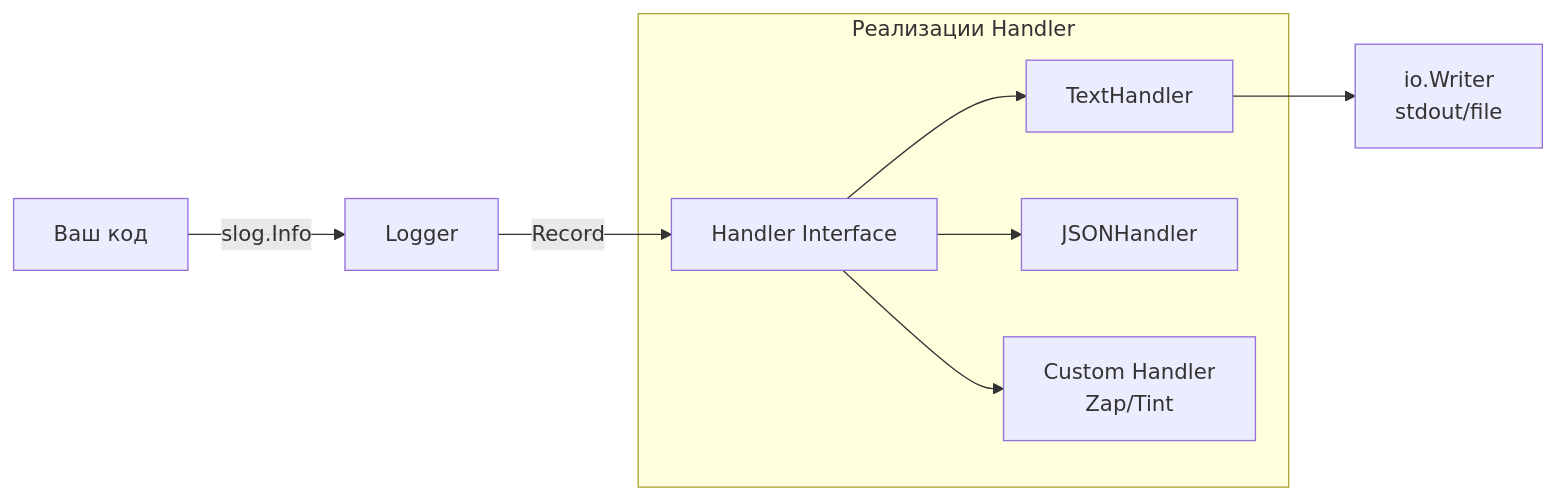
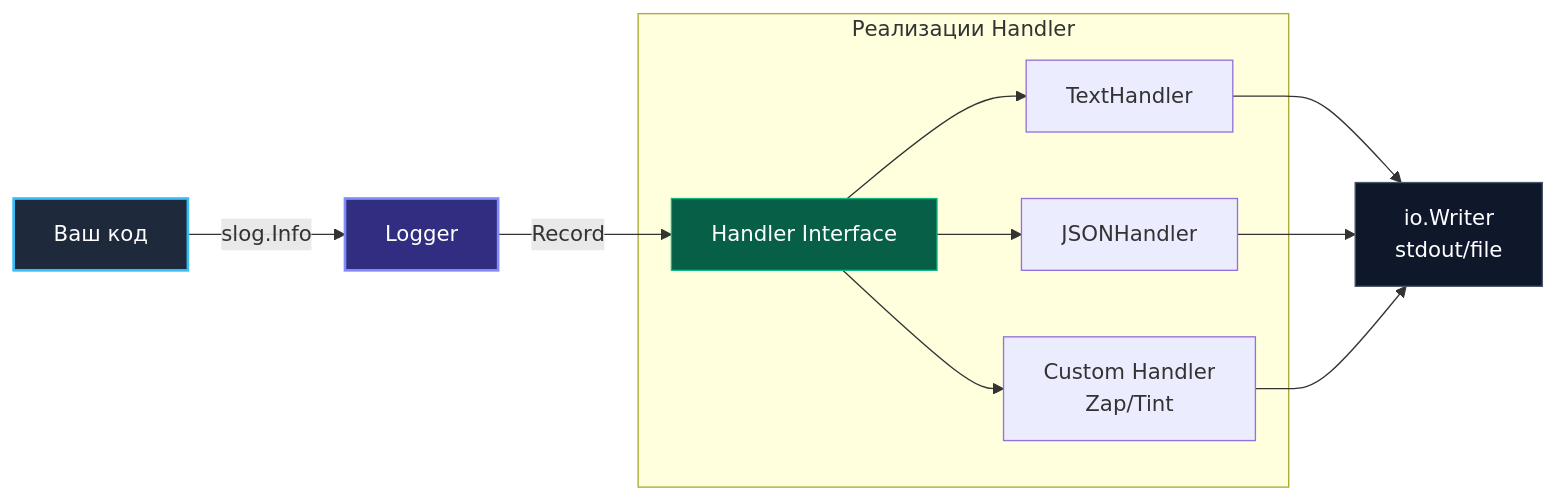
One commit to UnrealTemplier/go-textbook changed the diagram in sources/18. Observability (Мониторинг и наблюдаемость)/03. Логирование/3. Логирование в Go.md. Above: the diagram before and after it, drawn with Mermaid. The commit also changed other lines of this file, not shown here.

````diff
--- a/sources/18. Observability (Мониторинг и наблюдаемость)/03. Логирование/3. Логирование в Go.md
+++ b/sources/18. Observability (Мониторинг и наблюдаемость)/03. Логирование/3. Логирование в Go.md
@@ -22,13 +43,20 @@
 ```mermaid
 flowchart LR
     A["Ваш код"] -->|"slog.Info"| B["Logger"]
     B -->|"Record"| C["Handler Interface"]
     
     subgraph D ["Реализации Handler"]
         C --> E["TextHandler"]
         C --> F["JSONHandler"]
         C --> G["Custom Handler<br>Zap/Tint"]
     end
     
     E --> H["io.Writer<br>stdout/file"]
+    F --> H
+    G --> H
+
+    style A fill:#1e293b,stroke:#38bdf8,stroke-width:2px,color:#fff
+    style B fill:#312e81,stroke:#818cf8,stroke-width:2px,color:#fff
+    style C fill:#065f46,stroke:#10b981,color:#fff
+    style H fill:#0f172a,stroke:#475569,color:#fff
 ```
````
